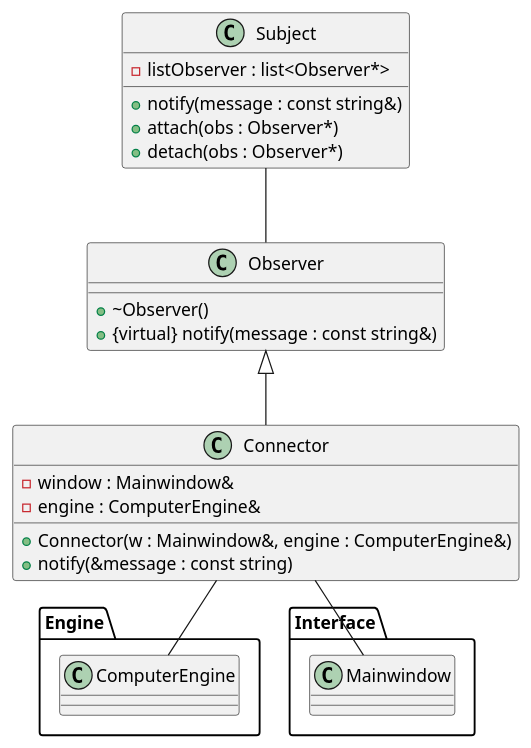
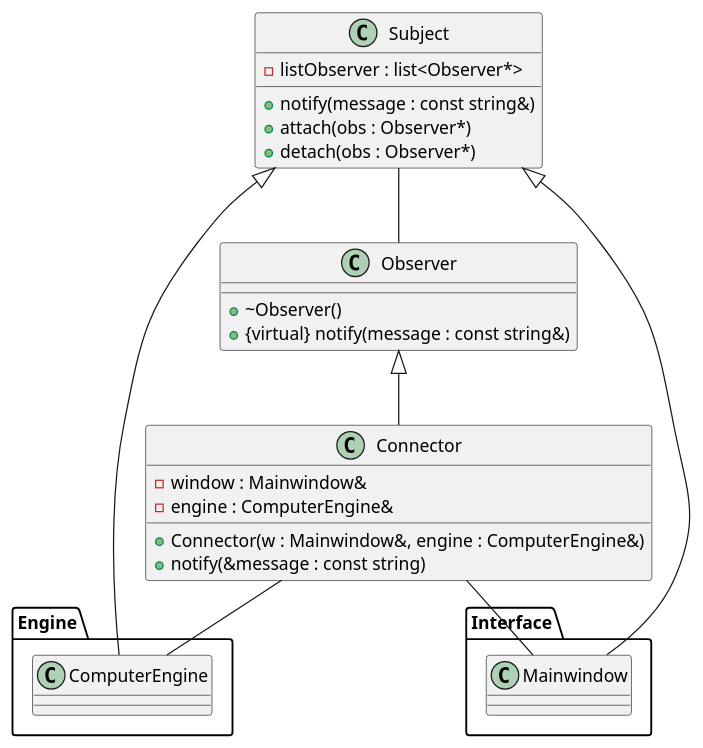
One commit to StephaneBranly/LO21-RPN-Calculator changed the diagram in etudes_de_projet/general.puml. Above: the diagram before and after it, drawn with PlantUML.

```diff
--- a/etudes_de_projet/general.puml
+++ b/etudes_de_projet/general.puml
@@ -1,34 +1,36 @@
 @startuml
 class Observer {
   + ~Observer()
   + {virtual} notify(message : const string&)
 }
 
 class Subject {
   - listObserver : list<Observer*>
   + notify(message : const string&)
   + attach(obs : Observer*)
   + detach(obs : Observer*)
 }
 
 
 class Connector {
   - window : Mainwindow&
   - engine : ComputerEngine&
   + Connector(w : Mainwindow&, engine : ComputerEngine&)
   + notify(&message : const string)
 }
 
 package Engine {
 class ComputerEngine {}
 }
 
 package Interface {
 class Mainwindow
 }
 
 Observer <|-- Connector
 Connector -- Mainwindow
 Connector -- ComputerEngine
 Subject -- Observer
+Subject <|-- Mainwindow
+Subject <|-- ComputerEngine
 @enduml
```
